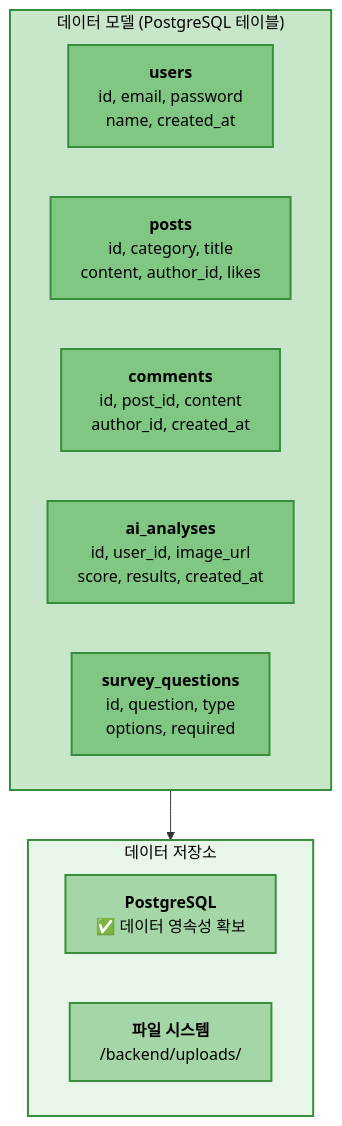
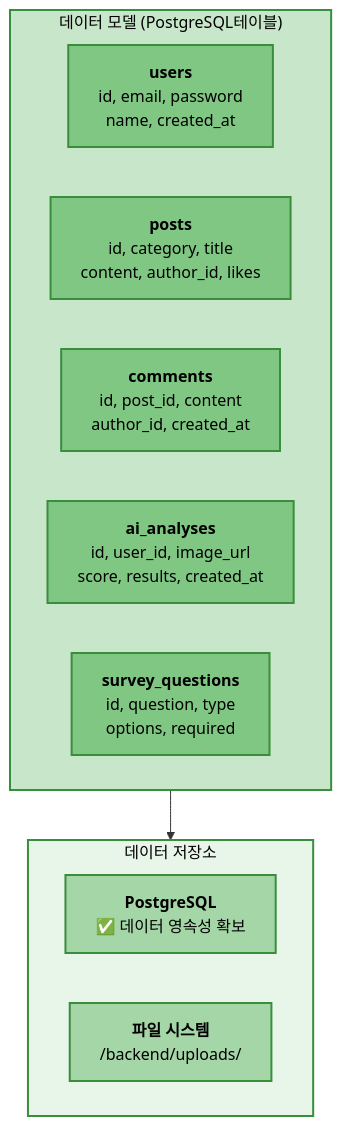
The fourth of 7 diagrams in Architecture.md (kyoe-23/DeepLearning_project), drawn with Mermaid before and after one commit.

Commit message:
데이터 계층 수정

````diff
--- a/Architecture.md
+++ b/Architecture.md
@@ -127,29 +127,29 @@
 ```mermaid
 graph TB
     subgraph STORAGE["데이터 저장소"]
         direction LR
         POSTGRES["<b>PostgreSQL</b><br/>✅ 데이터 영속성 확보"]
         FILES["<b>파일 시스템</b><br/>/backend/uploads/"]
     end
 
-    subgraph MODELS["데이터 모델 (PostgreSQL 테이블)"]
+    subgraph MODELS["데이터 모델 (PostgreSQL테이블)"]
         direction LR
         USERS["<b>users</b><br/>id, email, password<br/>name, created_at"]
         POSTS["<b>posts</b><br/>id, category, title<br/>content, author_id, likes"]
         COMMENTS["<b>comments</b><br/>id, post_id, content<br/>author_id, created_at"]
         ANALYSES["<b>ai_analyses</b><br/>id, user_id, image_url<br/>score, results, created_at"]
         SURVEYS["<b>survey_questions</b><br/>id, question, type<br/>options, required"]
     end
 
     MODELS --> STORAGE
 
     style STORAGE fill:#E8F5E9,stroke:#388E3C,stroke-width:2px,color:#000
     style MODELS fill:#C8E6C9,stroke:#388E3C,stroke-width:2px,color:#000
     style POSTGRES fill:#A5D6A7,stroke:#388E3C,stroke-width:2px,color:#000
     style FILES fill:#A5D6A7,stroke:#388E3C,stroke-width:2px,color:#000
     style USERS fill:#81C784,stroke:#388E3C,stroke-width:2px,color:#000
     style POSTS fill:#81C784,stroke:#388E3C,stroke-width:2px,color:#000
     style COMMENTS fill:#81C784,stroke:#388E3C,stroke-width:2px,color:#000
     style ANALYSES fill:#81C784,stroke:#388E3C,stroke-width:2px,color:#000
     style SURVEYS fill:#81C784,stroke:#388E3C,stroke-width:2px,color:#000
 ```
````
